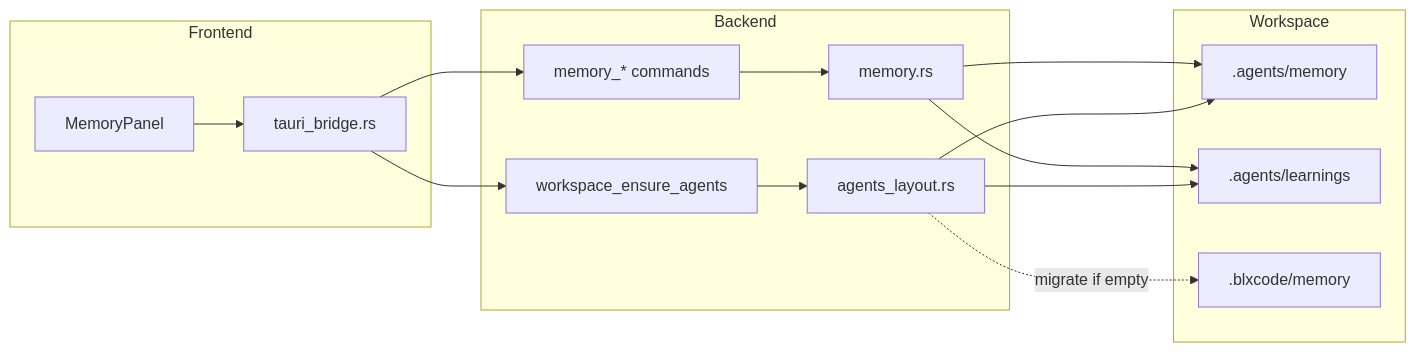
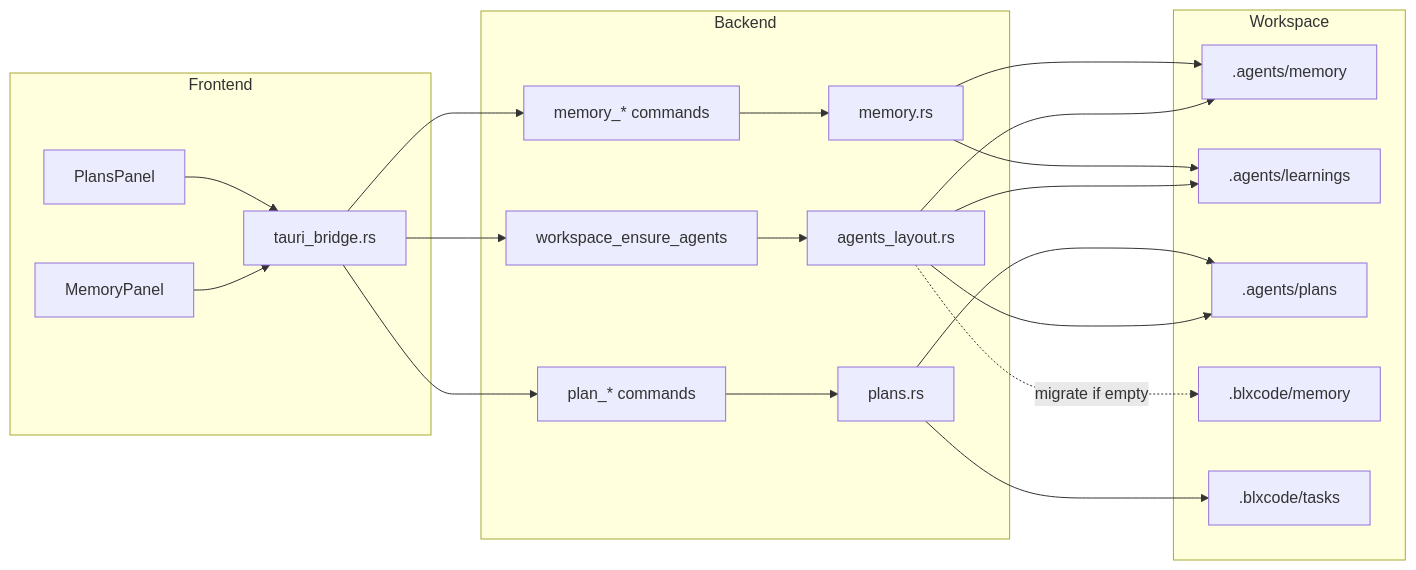
Before and after one commit to Bitslix/BLXCode: the second of 4 diagrams in docs/developer/architecture.md, drawn with Mermaid. The commit also changed other lines of this file and 13 other files, not shown here.

````diff
--- a/docs/developer/architecture.md
+++ b/docs/developer/architecture.md
@@ -68,28 +93,39 @@
 ```mermaid
 flowchart LR
   subgraph frontend [Frontend]
     Panel[MemoryPanel]
+    PlansPanel[PlansPanel]
     Bridge[tauri_bridge.rs]
   end
   subgraph backend [Backend]
     Ensure[workspace_ensure_agents]
     MemCmd[memory_* commands]
+    PlanCmd[plan_* commands]
     Layout[agents_layout.rs]
     MemMod[memory.rs]
+    PlansMod[plans.rs]
   end
   subgraph storage [Workspace]
     MemDir[".agents/memory"]
     LearnDir[".agents/learnings"]
+    PlansDir[".agents/plans"]
     Legacy[".blxcode/memory"]
+    TasksJson[".blxcode/tasks"]
   end
   Panel --> Bridge
+  PlansPanel --> Bridge
   Bridge --> Ensure
   Bridge --> MemCmd
+  Bridge --> PlanCmd
   Ensure --> Layout
   MemCmd --> MemMod
+  PlanCmd --> PlansMod
   Layout --> MemDir
   Layout --> LearnDir
+  Layout --> PlansDir
   Layout -.->|migrate if empty| Legacy
   MemMod --> MemDir
   MemMod --> LearnDir
+  PlansMod --> PlansDir
+  PlansMod --> TasksJson
 ```
````
